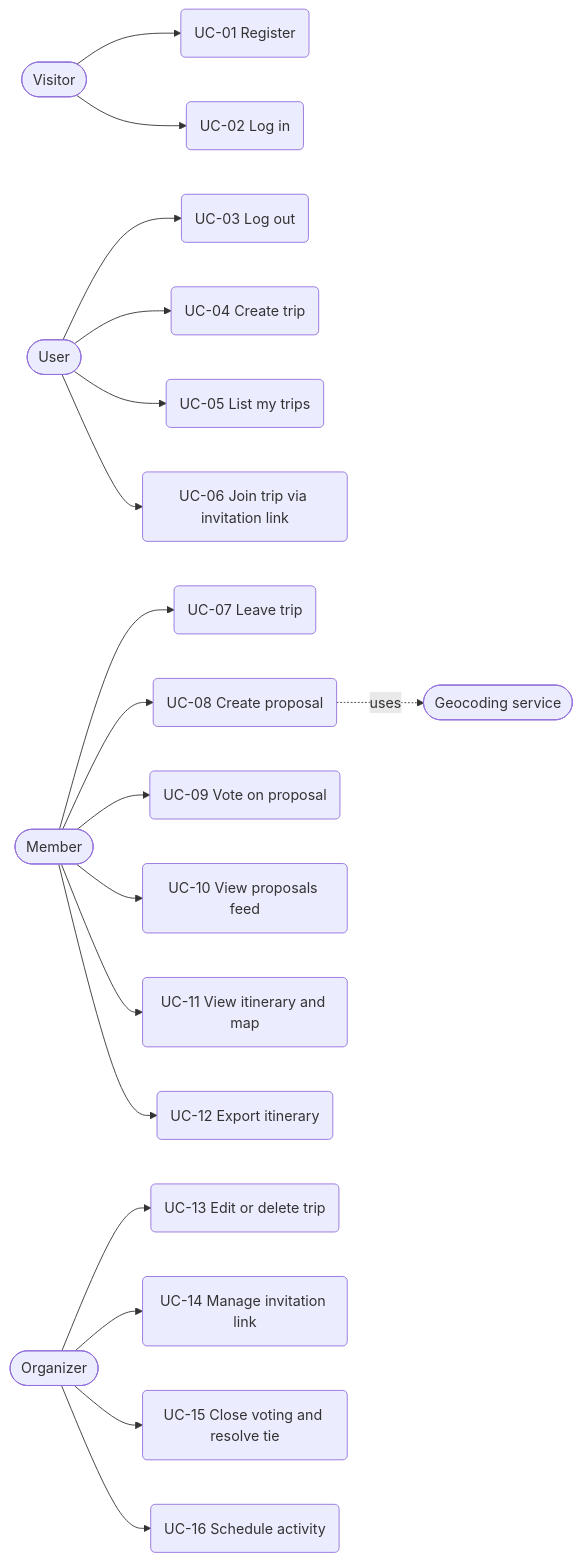
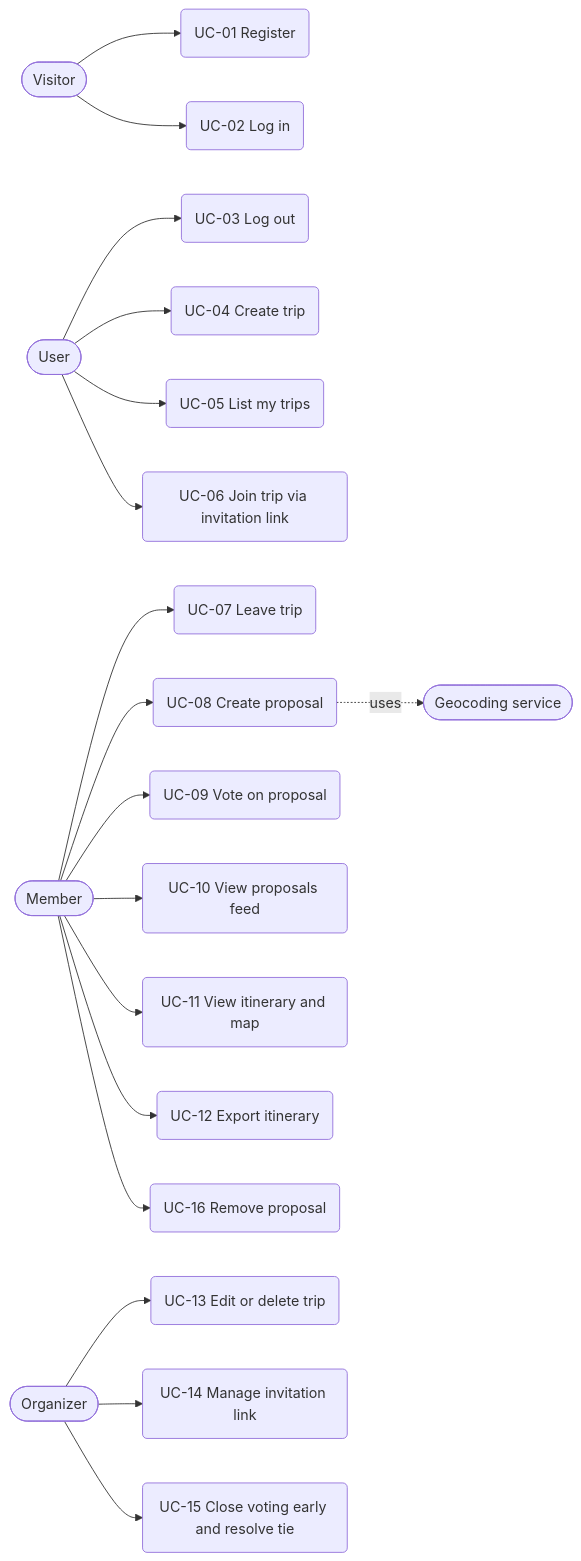
One commit to Berny33/mapmates changed the diagram in docs/02-use-cases.md. Above: the diagram before and after it, drawn with Mermaid. The commit also changed other lines of this file, not shown here.

````diff
--- a/docs/02-use-cases.md
+++ b/docs/02-use-cases.md
@@ -15,30 +15,30 @@
 ```mermaid
 flowchart LR
     V([Visitor])
     U([User])
     M([Member])
     O([Organizer])
     G([Geocoding service])
 
     V --> UC01(UC-01 Register)
     V --> UC02(UC-02 Log in)
 
     U --> UC03(UC-03 Log out)
     U --> UC04(UC-04 Create trip)
     U --> UC05(UC-05 List my trips)
     U --> UC06(UC-06 Join trip via invitation link)
 
     M --> UC07(UC-07 Leave trip)
     M --> UC08(UC-08 Create proposal)
     M --> UC09(UC-09 Vote on proposal)
     M --> UC10(UC-10 View proposals feed)
     M --> UC11(UC-11 View itinerary and map)
     M --> UC12(UC-12 Export itinerary)
+    M --> UC16(UC-16 Remove proposal)
 
     O --> UC13(UC-13 Edit or delete trip)
     O --> UC14(UC-14 Manage invitation link)
-    O --> UC15(UC-15 Close voting and resolve tie)
-    O --> UC16(UC-16 Schedule activity)
+    O --> UC15(UC-15 Close voting early and resolve tie)
 
     UC08 -.->|uses| G
 ```
````
